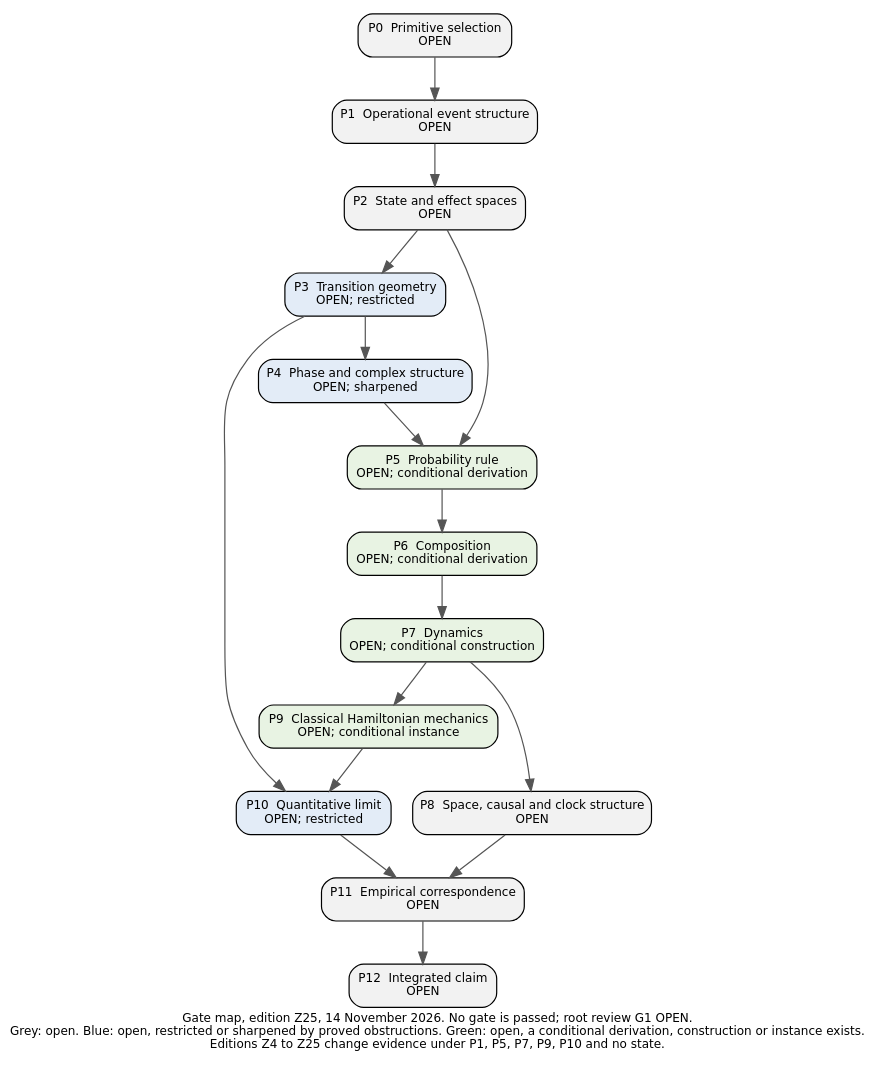
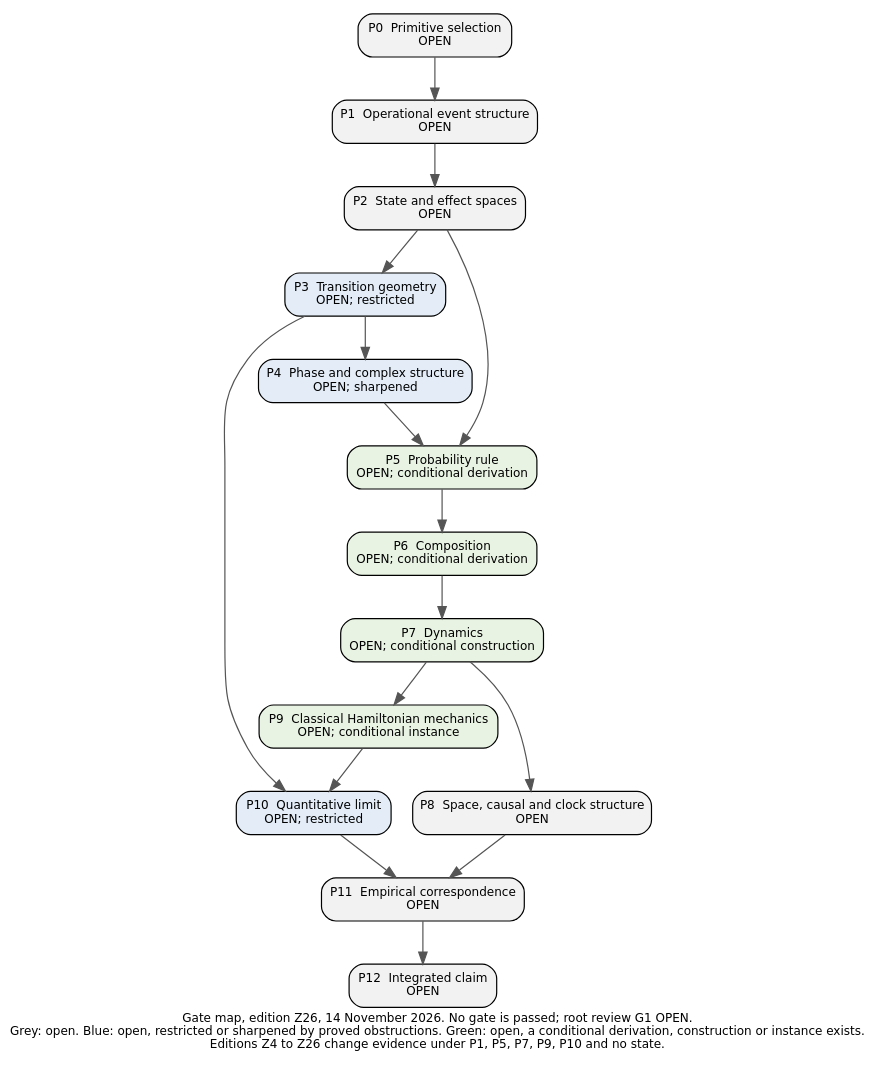
The diagram in edition/PROGRAM/figures/Gate_Map_2026-11-13.dot (KirtusJ/From-Prephysical-Hypotheses-to-Physical-Models), drawn with Graphviz before and after one commit. The commit also changed 77 other files, not shown here.

```diff
--- a/edition/PROGRAM/figures/Gate_Map_2026-11-13.dot
+++ b/edition/PROGRAM/figures/Gate_Map_2026-11-13.dot
@@ -1,30 +1,30 @@
-digraph G { rankdir=TB; node [shape=box, style="filled,rounded", fontname="DejaVu Sans", fontsize=10, margin="0.12,0.07"]; edge [color="#555555"]; label="Gate map, edition Z25, 14 November 2026. No gate is passed; root review G1 OPEN.\nGrey: open. Blue: open, restricted or sharpened by proved obstructions. Green: open, a conditional derivation, construction or instance exists.\nEditions Z4 to Z25 change evidence under P1, P5, P7, P9, P10 and no state."; fontname="DejaVu Sans"; fontsize=10; labelloc=b;
+digraph G { rankdir=TB; node [shape=box, style="filled,rounded", fontname="DejaVu Sans", fontsize=10, margin="0.12,0.07"]; edge [color="#555555"]; label="Gate map, edition Z26, 14 November 2026. No gate is passed; root review G1 OPEN.\nGrey: open. Blue: open, restricted or sharpened by proved obstructions. Green: open, a conditional derivation, construction or instance exists.\nEditions Z4 to Z26 change evidence under P1, P5, P7, P9, P10 and no state."; fontname="DejaVu Sans"; fontsize=10; labelloc=b;
 P0 [label="P0  Primitive selection\nOPEN", fillcolor="#f2f2f2"];
 P1 [label="P1  Operational event structure\nOPEN", fillcolor="#f2f2f2"];
 P2 [label="P2  State and effect spaces\nOPEN", fillcolor="#f2f2f2"];
 P3 [label="P3  Transition geometry\nOPEN; restricted", fillcolor="#e3ecf7"];
 P4 [label="P4  Phase and complex structure\nOPEN; sharpened", fillcolor="#e3ecf7"];
 P5 [label="P5  Probability rule\nOPEN; conditional derivation", fillcolor="#e8f3e3"];
 P6 [label="P6  Composition\nOPEN; conditional derivation", fillcolor="#e8f3e3"];
 P7 [label="P7  Dynamics\nOPEN; conditional construction", fillcolor="#e8f3e3"];
 P8 [label="P8  Space, causal and clock structure\nOPEN", fillcolor="#f2f2f2"];
 P9 [label="P9  Classical Hamiltonian mechanics\nOPEN; conditional instance", fillcolor="#e8f3e3"];
 P10 [label="P10  Quantitative limit\nOPEN; restricted", fillcolor="#e3ecf7"];
 P11 [label="P11  Empirical correspondence\nOPEN", fillcolor="#f2f2f2"];
 P12 [label="P12  Integrated claim\nOPEN", fillcolor="#f2f2f2"];
 P0 -> P1;
 P1 -> P2;
 P2 -> P3;
 P3 -> P4;
 P2 -> P5;
 P4 -> P5;
 P5 -> P6;
 P6 -> P7;
 P7 -> P8;
 P7 -> P9;
 P3 -> P10;
 P9 -> P10;
 P8 -> P11;
 P10 -> P11;
 P11 -> P12;
 }
```
